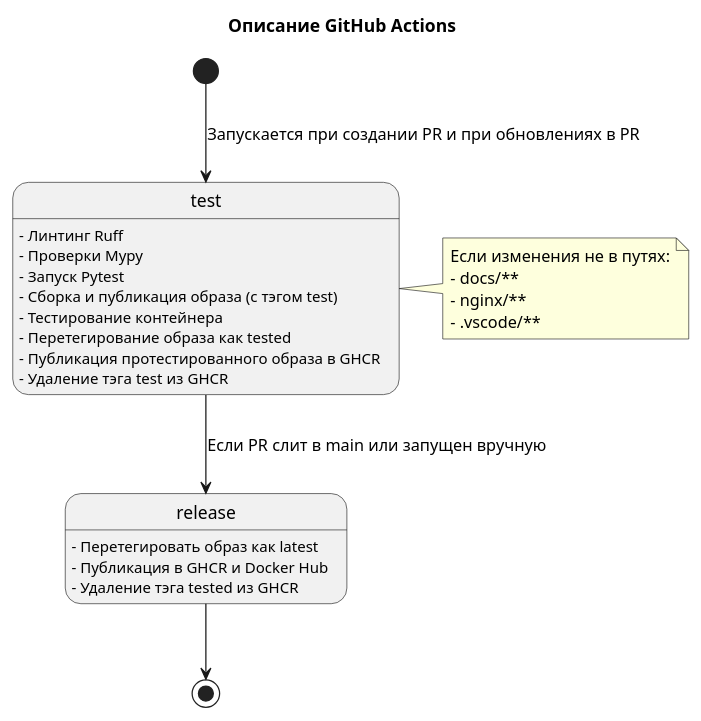
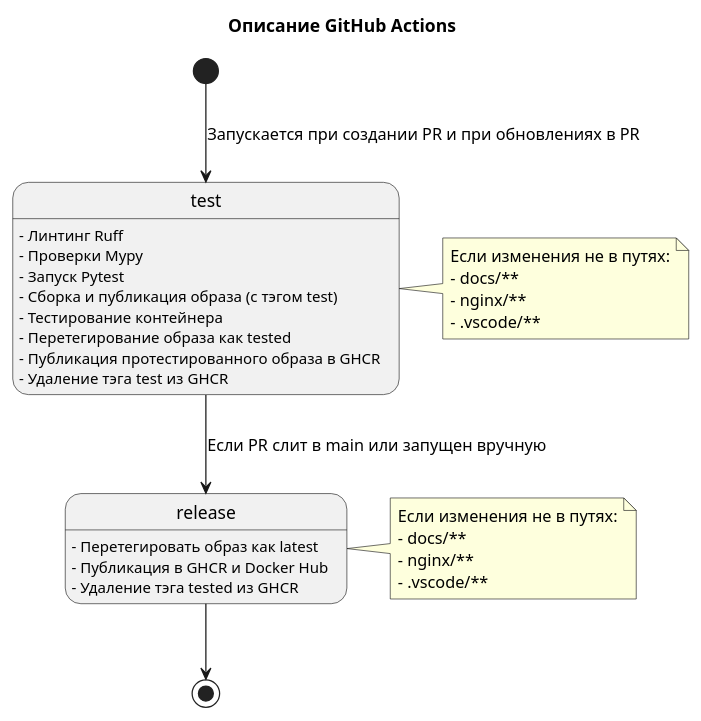
The diagram in docs/diagrams/src/actions.puml (mikhpo/personal-website), drawn with PlantUML before and after one commit. The commit also changed 4 other files, not shown here.

```diff
--- a/docs/diagrams/src/actions.puml
+++ b/docs/diagrams/src/actions.puml
@@ -1,30 +1,37 @@
 @startuml actions
 title Описание GitHub Actions
 
 [*] --> test : Запускается при создании PR и при обновлениях в PR
 
 test : - Линтинг Ruff
 test : - Проверки Mypy
 test : - Запуск Pytest
 test : - Сборка и публикация образа (с тэгом test)
 test : - Тестирование контейнера
 test : - Перетегирование образа как tested
 test : - Публикация протестированного образа в GHCR
 test : - Удаление тэга test из GHCR
 
 test --> release : Если PR слит в main или запущен вручную
 
 release : - Перетегировать образ как latest
 release : - Публикация в GHCR и Docker Hub
 release : - Удаление тэга tested из GHCR
 
 release --> [*]
 
 note right of test
   Если изменения не в путях:
   - docs/**
   - nginx/**
   - .vscode/**
 end note
 
+note right of release
+  Если изменения не в путях:
+  - docs/**
+  - nginx/**
+  - .vscode/**
+end note
+
 @enduml
```
